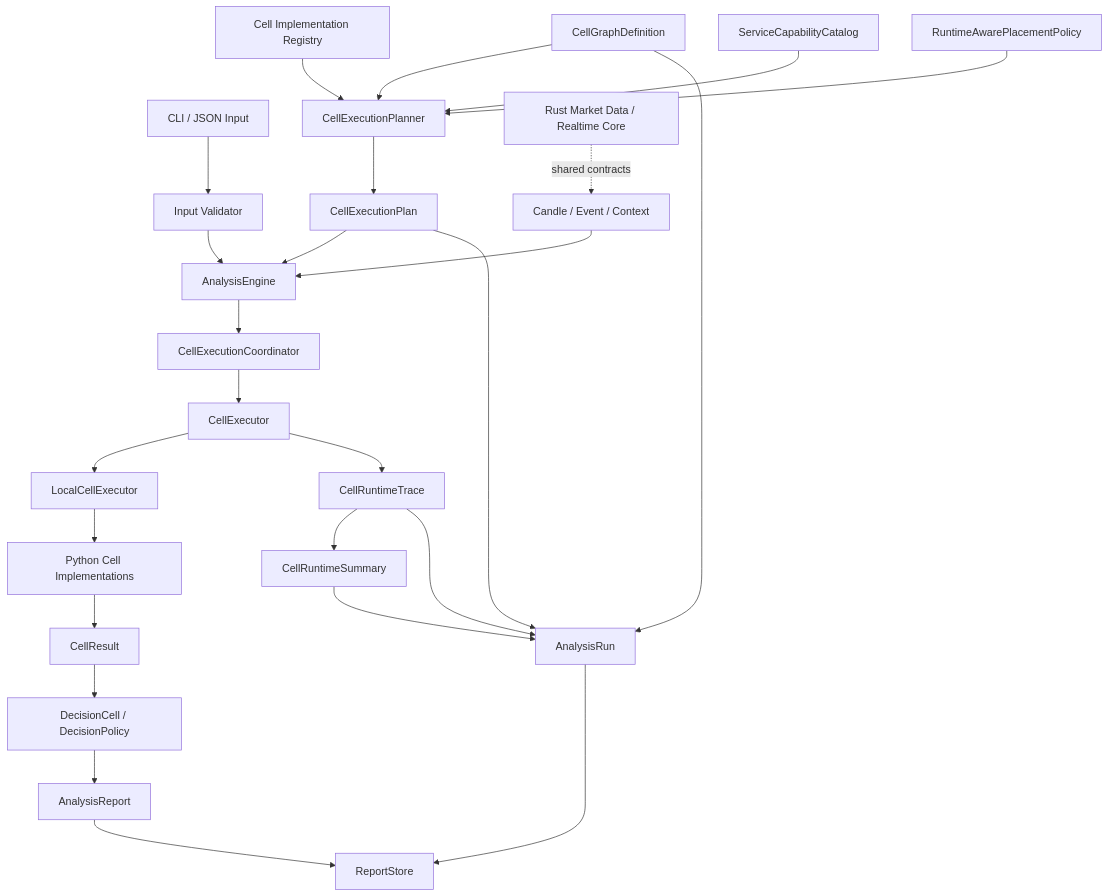
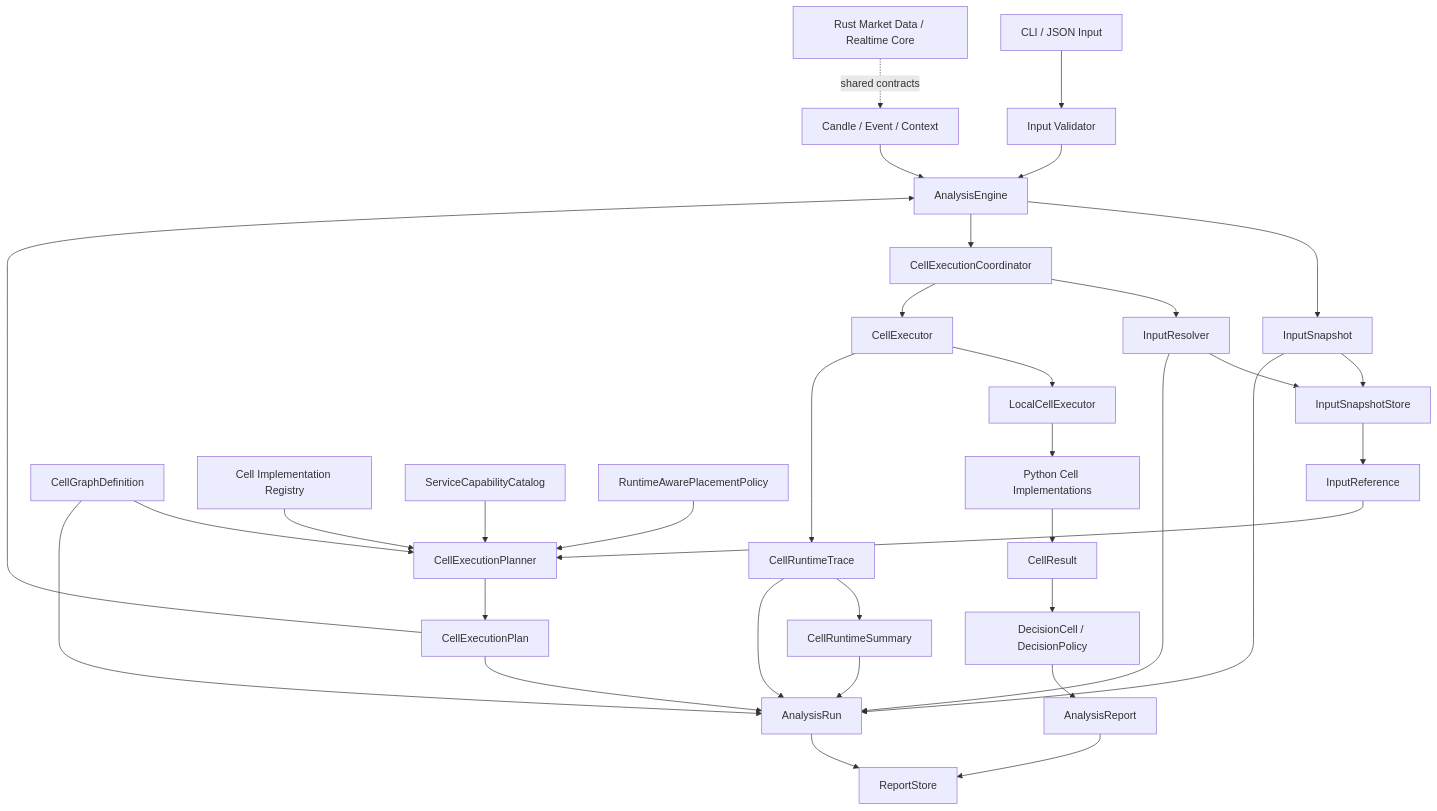
Before and after one commit to ModWU/market-cell: the diagram in docs/system_architecture.md, drawn with Mermaid. The commit also changed other lines of this file and 42 other files, not shown here.

````diff
--- a/docs/system_architecture.md
+++ b/docs/system_architecture.md
@@ -42,32 +42,40 @@
 ```mermaid
 flowchart TD
     Input["CLI / JSON Input"] --> Validate["Input Validator"]
     Validate --> Engine["AnalysisEngine"]
+    Engine --> Snapshot["InputSnapshot"]
+    Snapshot --> InputStore["InputSnapshotStore"]
+    InputStore --> InputRef["InputReference"]
 
     Graph["CellGraphDefinition"] --> Planner["CellExecutionPlanner"]
     Registry["Cell Implementation Registry"] --> Planner
     Catalog["ServiceCapabilityCatalog"] --> Planner
     Placement["RuntimeAwarePlacementPolicy"] --> Planner
+    InputRef --> Planner
     Planner --> Plan["CellExecutionPlan"]
     Plan --> Engine
 
     Engine --> Coordinator["CellExecutionCoordinator"]
+    Coordinator --> Resolver["InputResolver"]
+    Resolver --> InputStore
     Coordinator --> Executor["CellExecutor"]
     Executor --> Local["LocalCellExecutor"]
     Local --> Cells["Python Cell Implementations"]
     Cells --> Results["CellResult"]
     Results --> Decision["DecisionCell / DecisionPolicy"]
     Decision --> Report["AnalysisReport"]
 
     Executor --> Trace["CellRuntimeTrace"]
     Trace --> Summary["CellRuntimeSummary"]
     Plan --> Run["AnalysisRun"]
     Graph --> Run
+    Snapshot --> Run
+    Resolver --> Run
     Trace --> Run
     Summary --> Run
     Report --> Store["ReportStore"]
     Run --> Store
 
     Data["Candle / Event / Context"] --> Engine
     Rust["Rust Market Data / Realtime Core"] -. shared contracts .-> Data
 ```
````
